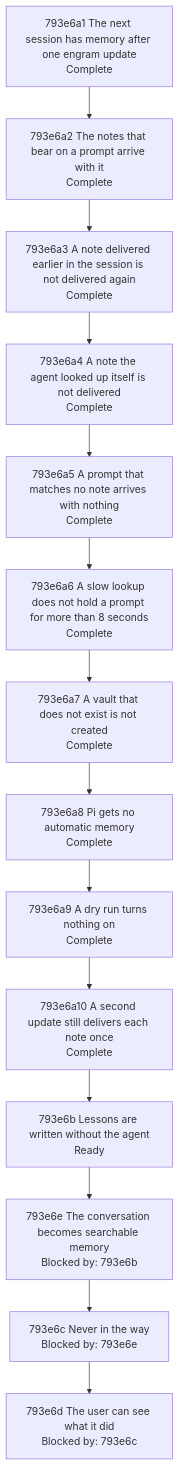
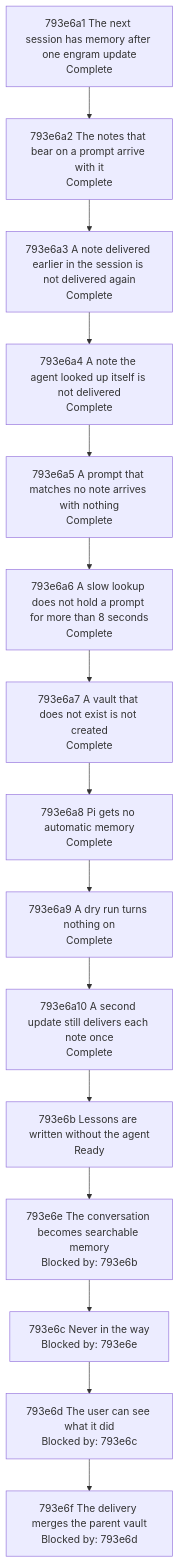
Before and after one commit to toejough/engram: the diagram in docs/changes/793_automatic-memory/793e_implementation-plan.md, drawn with Mermaid. The commit also changed other lines of this file and 4 other files, not shown here.

````diff
--- a/docs/changes/793_automatic-memory/793e_implementation-plan.md
+++ b/docs/changes/793_automatic-memory/793e_implementation-plan.md
@@ -95,26 +96,27 @@
 ```mermaid
 graph TD
     n793e6a1["793e6a1 The next session has memory after one engram update<br/>Complete"]
     n793e6a2["793e6a2 The notes that bear on a prompt arrive with it<br/>Complete"]
     n793e6a3["793e6a3 A note delivered earlier in the session is not delivered again<br/>Complete"]
     n793e6a4["793e6a4 A note the agent looked up itself is not delivered<br/>Complete"]
     n793e6a5["793e6a5 A prompt that matches no note arrives with nothing<br/>Complete"]
     n793e6a6["793e6a6 A slow lookup does not hold a prompt for more than 8 seconds<br/>Complete"]
     n793e6a7["793e6a7 A vault that does not exist is not created<br/>Complete"]
     n793e6a8["793e6a8 Pi gets no automatic memory<br/>Complete"]
     n793e6a9["793e6a9 A dry run turns nothing on<br/>Complete"]
     n793e6a10["793e6a10 A second update still delivers each note once<br/>Complete"]
     n793e6a1 --> n793e6a2
     n793e6a2 --> n793e6a3
     n793e6a3 --> n793e6a4
     n793e6a4 --> n793e6a5
     n793e6a5 --> n793e6a6
     n793e6a6 --> n793e6a7
     n793e6a7 --> n793e6a8
     n793e6a8 --> n793e6a9
     n793e6a9 --> n793e6a10
     n793e6a10 --> n793e6b["793e6b Lessons are written without the agent<br/>Ready"]
     n793e6b --> n793e6e["793e6e The conversation becomes searchable memory<br/>Blocked by: 793e6b"]
     n793e6e --> n793e6c["793e6c Never in the way<br/>Blocked by: 793e6e"]
     n793e6c --> n793e6d["793e6d The user can see what it did<br/>Blocked by: 793e6c"]
+    n793e6d --> n793e6f["793e6f The delivery merges the parent vault<br/>Blocked by: 793e6d"]
 ```
````
